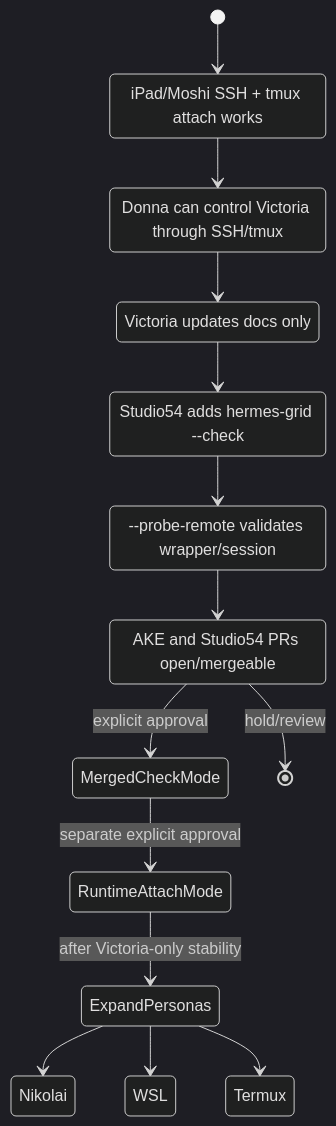
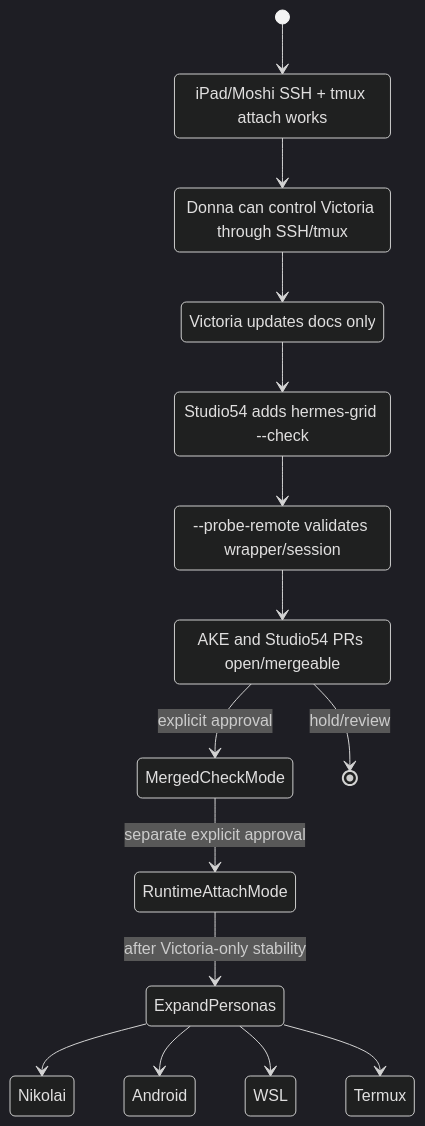
The fifth of 5 diagrams in docs/architecture/remote-persona-grid.md (mdc159/studio54), drawn with Mermaid (dark theme) before and after one commit. The commit also changed other lines of this file and 3 other files, not shown here.

````diff
--- a/docs/architecture/remote-persona-grid.md
+++ b/docs/architecture/remote-persona-grid.md
@@ -445,31 +446,32 @@
 ```mermaid
 stateDiagram-v2
     [*] --> HumanAttachValidated
     HumanAttachValidated: iPad/Moshi SSH + tmux attach works
 
     HumanAttachValidated --> DirectControlValidated
     DirectControlValidated: Donna can control Victoria through SSH/tmux
 
     DirectControlValidated --> DocsFirst
     DocsFirst: Victoria updates docs only
 
     DocsFirst --> GridCheckImplemented
     GridCheckImplemented: Studio54 adds hermes-grid --check
 
     GridCheckImplemented --> RemoteProbePassed
     RemoteProbePassed: --probe-remote validates wrapper/session
 
     RemoteProbePassed --> PRsOpen
     PRsOpen: AKE and Studio54 PRs open/mergeable
 
     PRsOpen --> MergedCheckMode: explicit approval
     MergedCheckMode --> RuntimeAttachMode: separate explicit approval
 
     RuntimeAttachMode --> ExpandPersonas: after Victoria-only stability
 
     ExpandPersonas --> Nikolai
+    ExpandPersonas --> Android
     ExpandPersonas --> WSL
     ExpandPersonas --> Termux
 
     PRsOpen --> [*]: hold/review
 ```
````
